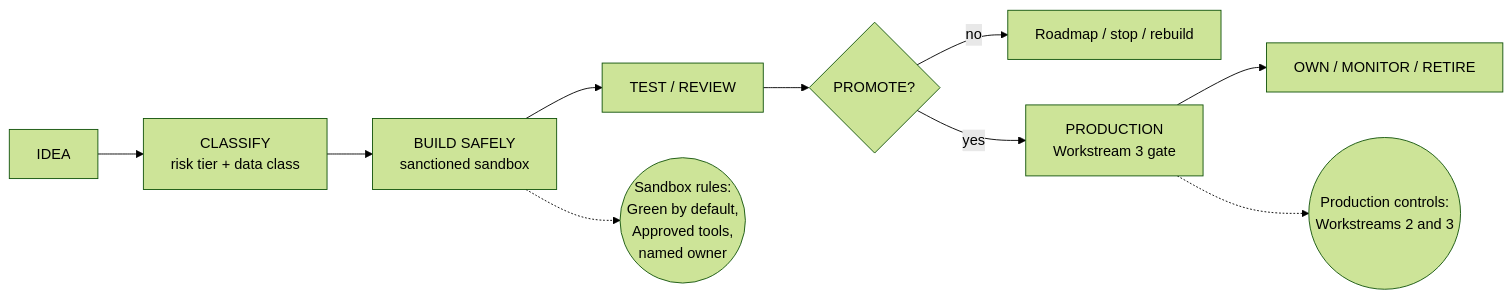
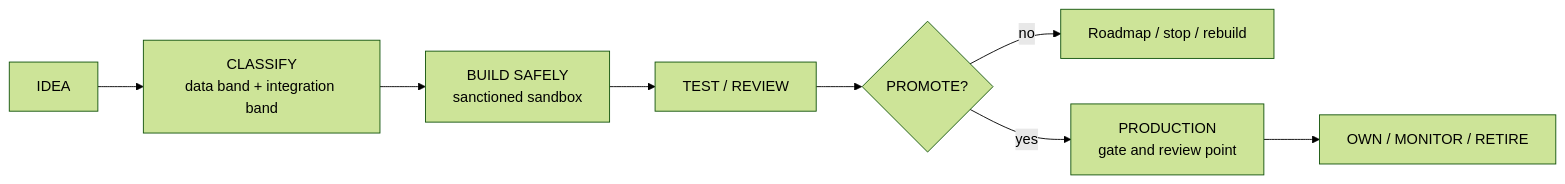
One commit to youcisla/AiFramework changed the diagram in README.md. Above: the diagram before and after it, drawn with Mermaid (forest theme). The commit also changed other lines of this file and 15 other files, not shown here.

````diff
--- a/README.md
+++ b/README.md
@@ -14,12 +9,10 @@
 ```mermaid
 flowchart LR
-  A[IDEA] --> B[CLASSIFY<br/>risk tier + data class]
+  A[IDEA] --> B[CLASSIFY<br/>data band + integration band]
   B --> C[BUILD SAFELY<br/>sanctioned sandbox]
   C --> D[TEST / REVIEW]
   D --> E{PROMOTE?}
   E -- no --> F[Roadmap / stop / rebuild]
-  E -- yes --> G[PRODUCTION<br/>Workstream 3 gate]
+  E -- yes --> G[PRODUCTION<br/>gate and review point]
   G --> H[OWN / MONITOR / RETIRE]
-  C -.-> S((Sandbox rules:<br/>Green by default,<br/>Approved tools,<br/>named owner))
-  G -.-> P((Production controls:<br/>Workstreams 2 and 3))
 ```
````
